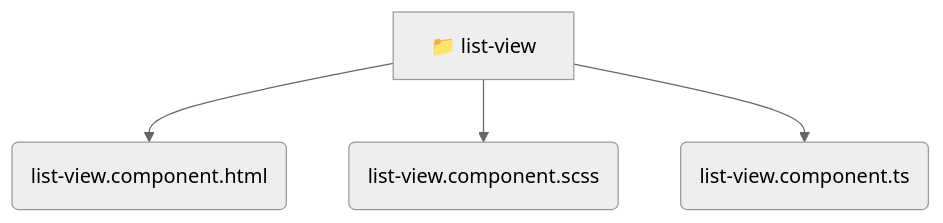
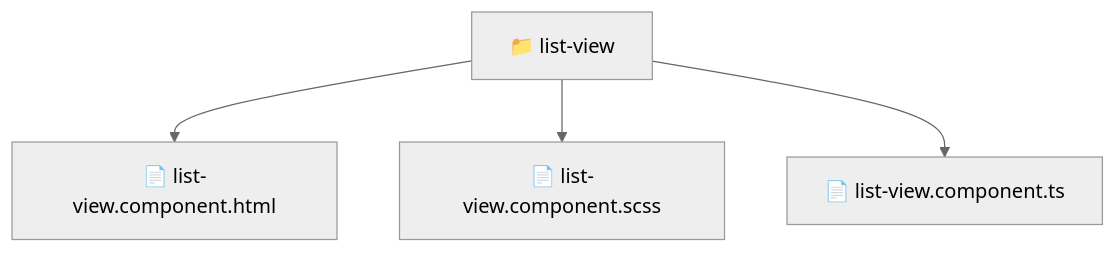
One commit to beginwebdev2002/fullstack-mavluda changed the diagram in frontend/src/shared/ui/list-view/README.md. Above: the diagram before and after it, drawn with Mermaid (neutral theme). The commit also changed other lines of this file and 163 other files, not shown here.

````diff
--- a/frontend/src/shared/ui/list-view/README.md
+++ b/frontend/src/shared/ui/list-view/README.md
@@ -11,7 +10,7 @@
 ```mermaid
 graph TD
-  list_view[📁 list-view]
-  list_view --> list_view_list_view_component_html(list-view.component.html)
-  list_view --> list_view_list_view_component_scss(list-view.component.scss)
-  list_view --> list_view_list_view_component_ts(list-view.component.ts)
+  Root["📁 list-view"]
+  Root --> listviewcomponenthtml["📄 list-view.component.html"]
+  Root --> listviewcomponentscss["📄 list-view.component.scss"]
+  Root --> listviewcomponentts["📄 list-view.component.ts"]
 ```
````
